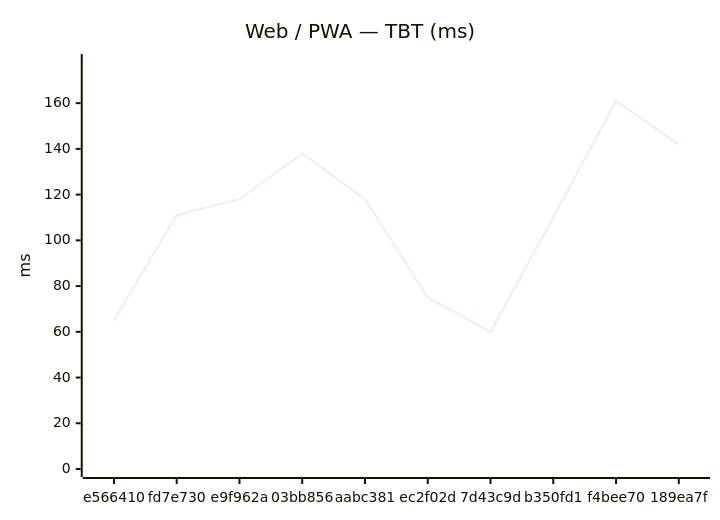
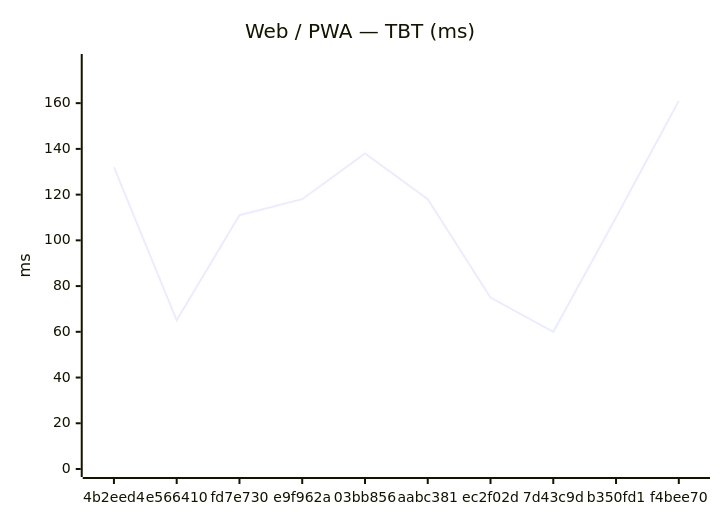
The second of 18 diagrams in benchmarks/compare.md (Metaheurist/Rianell), drawn with Mermaid before and after one commit. The commit also changed other lines of this file and 11 other files, not shown here.

````diff
--- a/benchmarks/compare.md
+++ b/benchmarks/compare.md
@@ -31,7 +31,7 @@
 ```mermaid
 xychart-beta
     title "Web / PWA — TBT (ms)"
-    x-axis ["e566410", "fd7e730", "e9f962a", "03bb856", "aabc381", "ec2f02d", "7d43c9d", "b350fd1", "f4bee70", "189ea7f"]
+    x-axis ["4b2eed4", "e566410", "fd7e730", "e9f962a", "03bb856", "aabc381", "ec2f02d", "7d43c9d", "b350fd1", "f4bee70"]
     y-axis "ms" 0 --> 178
-    line [65, 111, 118, 138, 118, 75, 60, 110, 161, 142]
+    line [132, 65, 111, 118, 138, 118, 75, 60, 110, 161]
 ```
````
